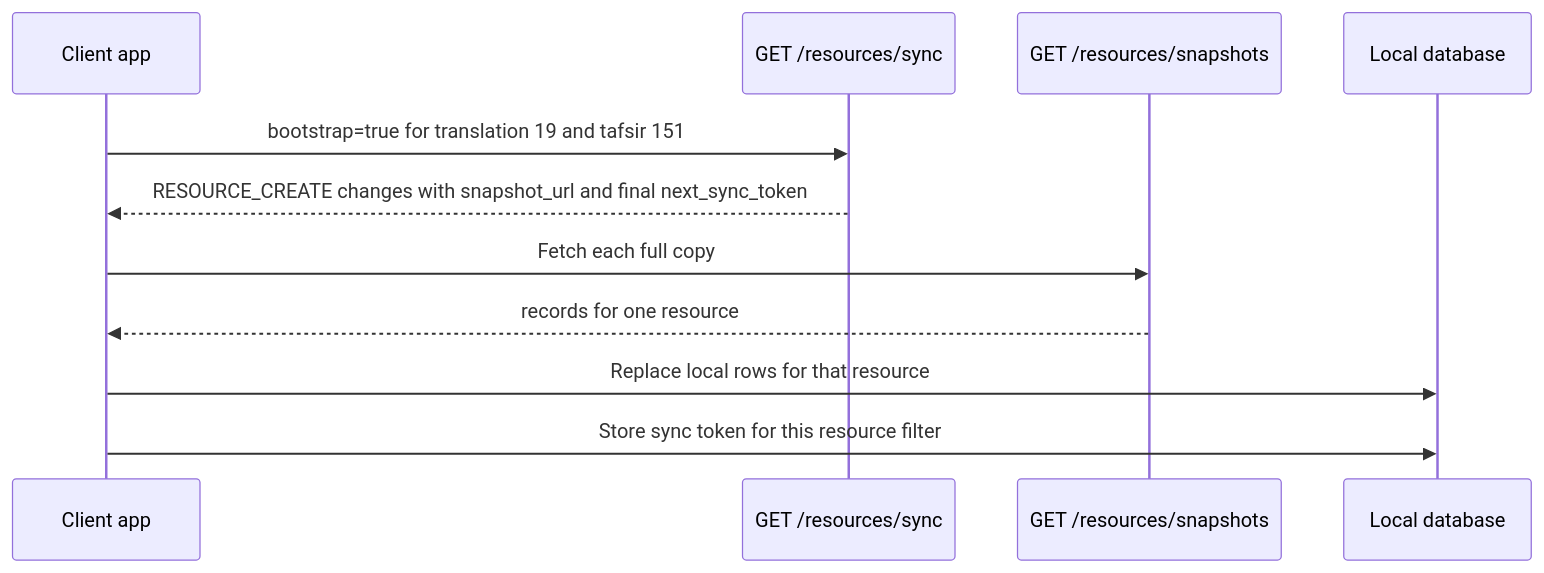
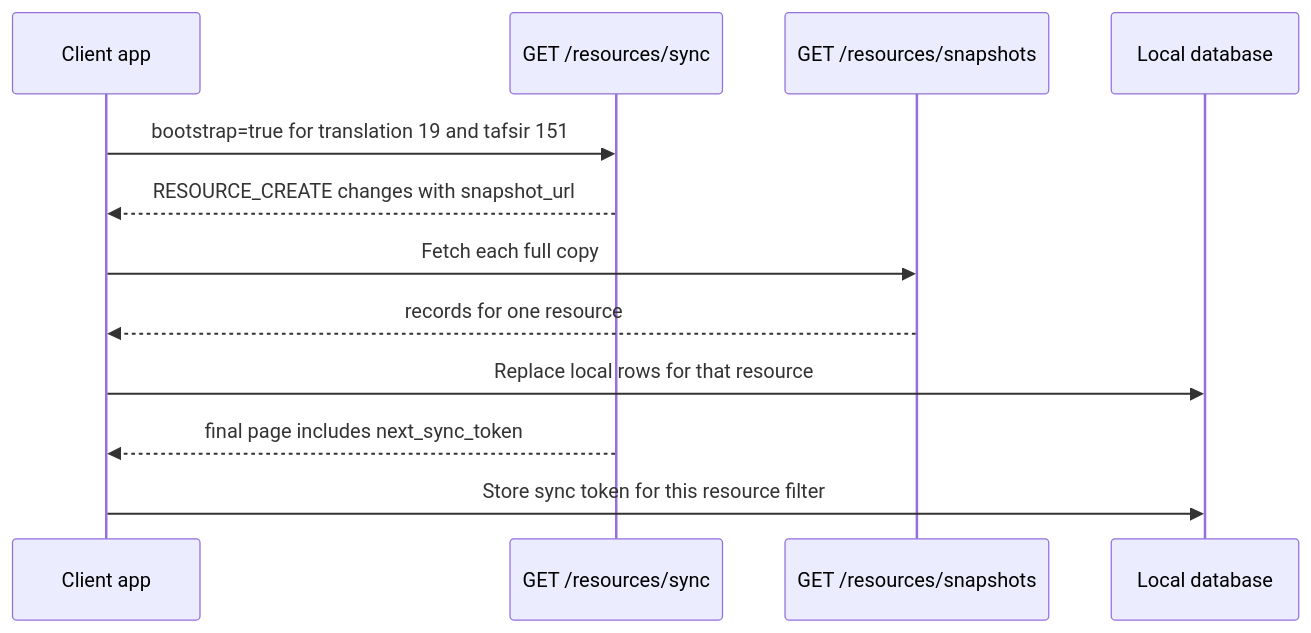
Before and after one commit to quran/qf-api-docs: the first of 2 diagrams in docs/tutorials/content-sync/getting-started.mdx, drawn with Mermaid. The commit also changed other lines of this file, not shown here.

Commit message:
Address content sync review wording

````diff
--- a/docs/tutorials/content-sync/getting-started.mdx
+++ b/docs/tutorials/content-sync/getting-started.mdx
@@ -48,14 +48,15 @@
 ```mermaid
 sequenceDiagram
     participant App as Client app
     participant Sync as GET /resources/sync
     participant Snapshot as GET /resources/snapshots
     participant DB as Local database
 
     App->>Sync: bootstrap=true for translation 19 and tafsir 151
-    Sync-->>App: RESOURCE_CREATE changes with snapshot_url and final next_sync_token
+    Sync-->>App: RESOURCE_CREATE changes with snapshot_url
     App->>Snapshot: Fetch each full copy
     Snapshot-->>App: records for one resource
     App->>DB: Replace local rows for that resource
+    Sync-->>App: final page includes next_sync_token
     App->>DB: Store sync token for this resource filter
 ```
````
